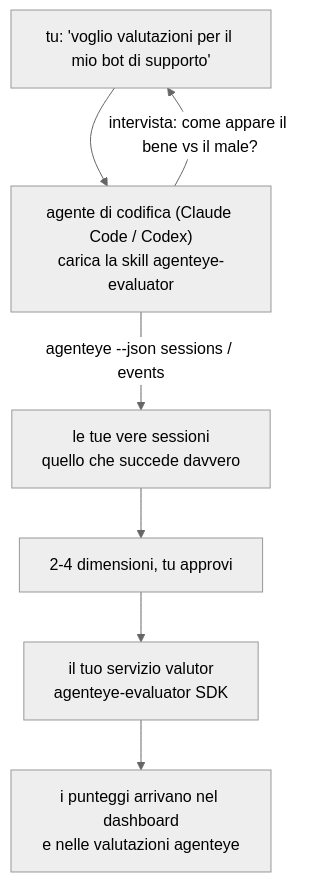
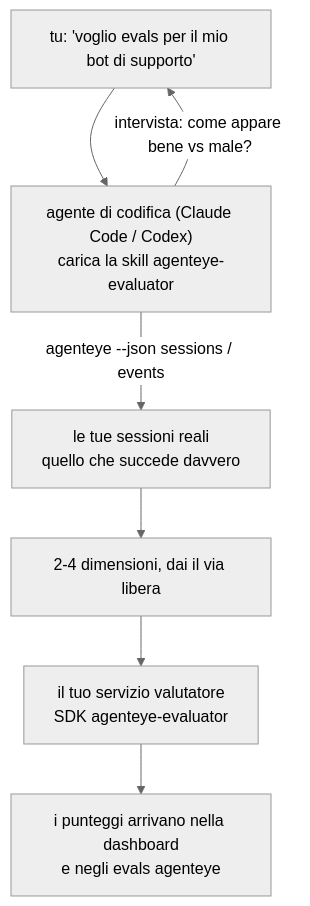
Before and after one commit to FailproofAI/failproofai: the diagram in docs/it/agenteye/evaluator-skill.mdx, drawn with Mermaid (neutral theme). The commit also changed other lines of this file and 678 other files, not shown here.

````diff
--- a/docs/it/agenteye/evaluator-skill.mdx
+++ b/docs/it/agenteye/evaluator-skill.mdx
@@ -21,9 +20,9 @@
 ```mermaid
 flowchart TD
-    YOU["tu: 'voglio valutazioni per il mio bot di supporto'"] --> AGENT["agente di codifica (Claude Code / Codex)<br/>carica la skill agenteye-evaluator"]
-    AGENT -->|"intervista: come appare il bene vs il male?"| YOU
-    AGENT -->|"agenteye --json sessions / events"| DATA["le tue vere sessioni<br/>quello che succede davvero"]
-    DATA --> DIMS["2-4 dimensioni, tu approvi"]
-    DIMS --> SVC["il tuo servizio valutor<br/>agenteye-evaluator SDK"]
-    SVC --> SCORES["i punteggi arrivano nel dashboard<br/>e nelle valutazioni agenteye"]
+    YOU["tu: 'voglio evals per il mio bot di supporto'"] --> AGENT["agente di codifica (Claude Code / Codex)<br/>carica la skill agenteye-evaluator"]
+    AGENT -->|"intervista: come appare bene vs male?"| YOU
+    AGENT -->|"agenteye --json sessions / events"| DATA["le tue sessioni reali<br/>quello che succede davvero"]
+    DATA --> DIMS["2-4 dimensioni, dai il via libera"]
+    DIMS --> SVC["il tuo servizio valutatore<br/>SDK agenteye-evaluator"]
+    SVC --> SCORES["i punteggi arrivano nella dashboard<br/>e negli evals agenteye"]
 ```
````
